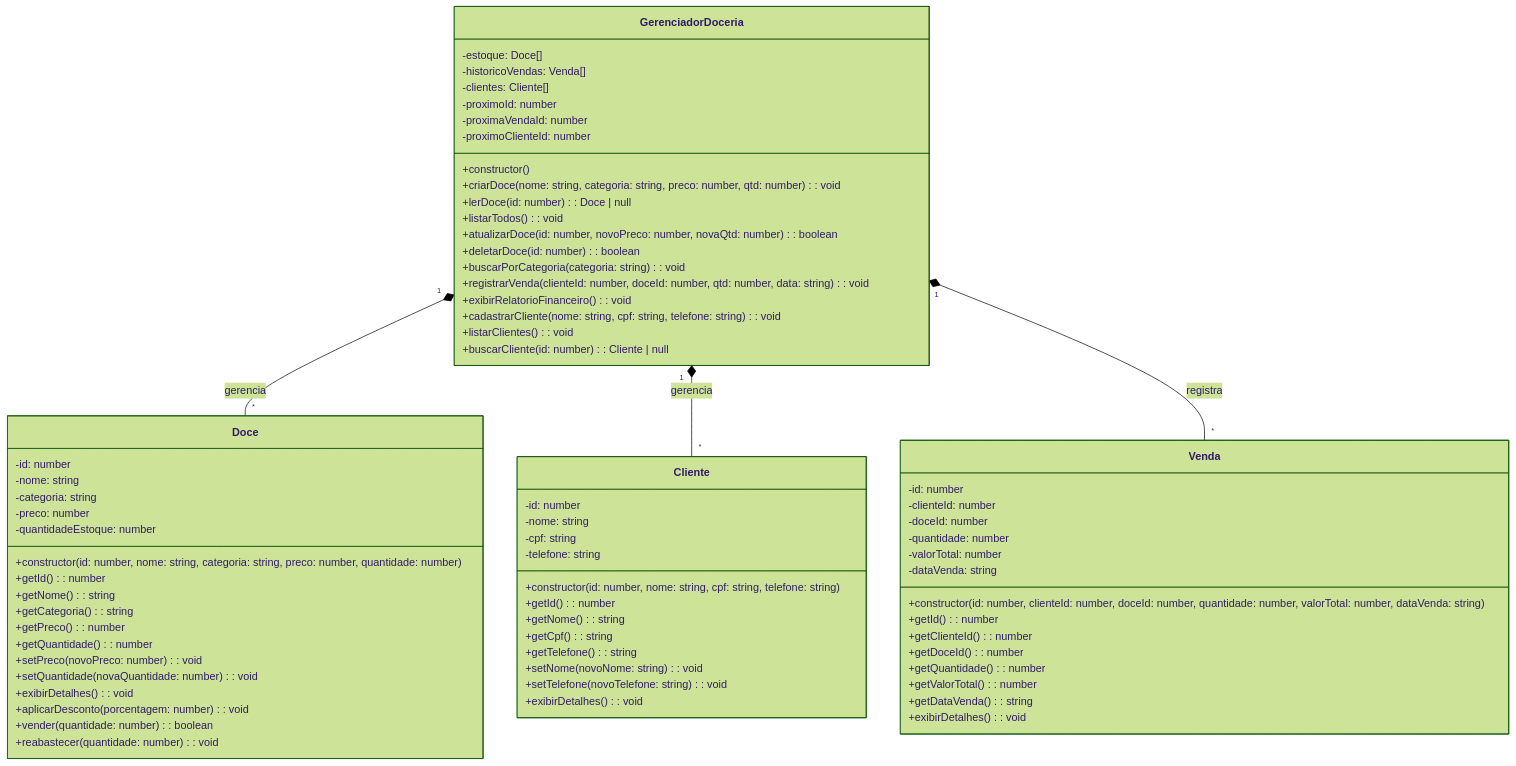
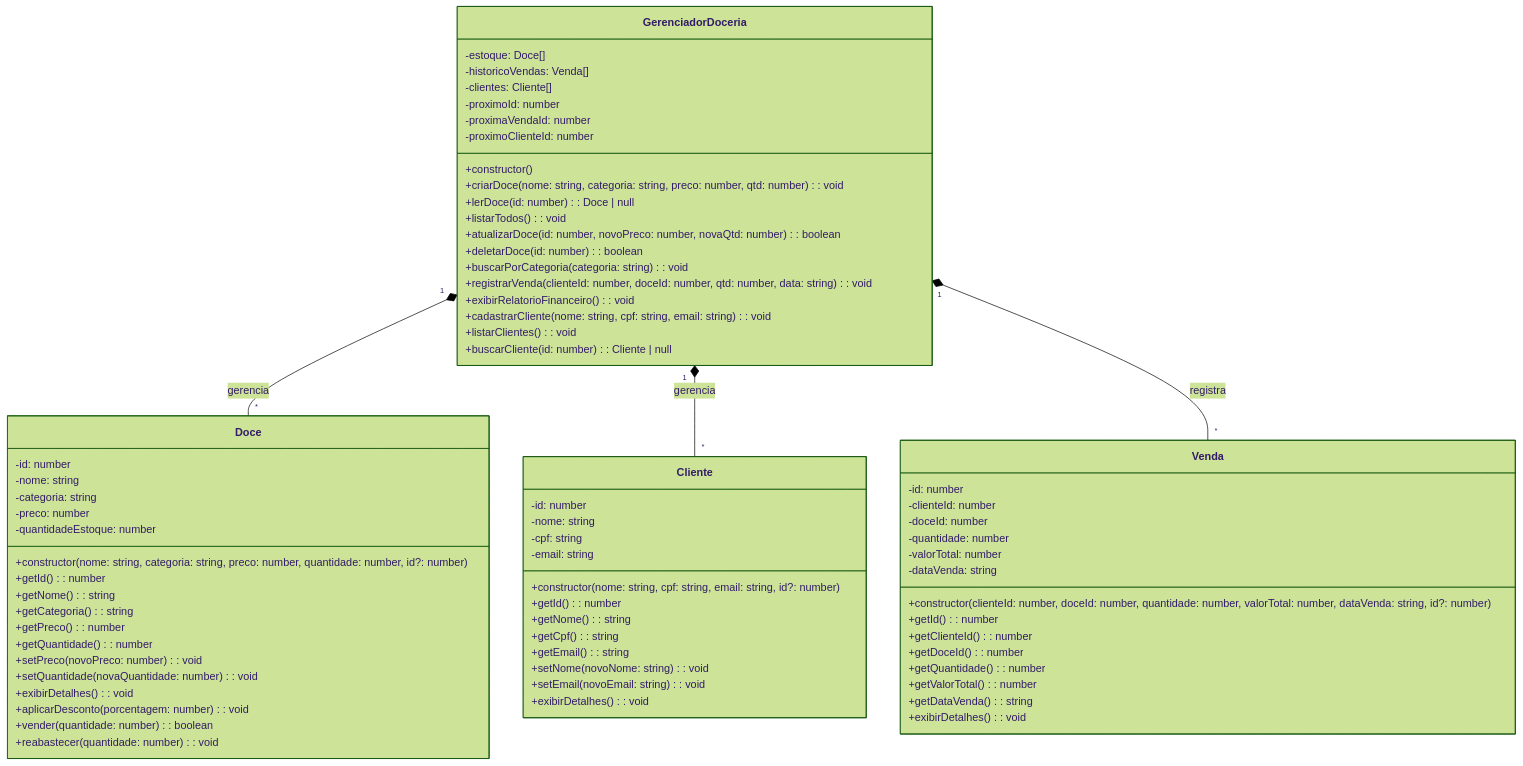
The diagram in README.md (volo3906/Doceria), drawn with Mermaid (forest theme) before and after one commit. The commit also changed other lines of this file and 8 other files, not shown here.

````diff
--- a/README.md
+++ b/README.md
@@ -44,80 +44,81 @@
 ```mermaid
 classDiagram
 
 class Cliente {
     -id: number
     -nome: string
     -cpf: string
-    -telefone: string
-    +constructor(id: number, nome: string, cpf: string, telefone: string)
+    -email: string
+    +constructor(nome: string, cpf: string, email: string, id?: number)
     +getId(): number
     +getNome(): string
     +getCpf(): string
-    +getTelefone(): string
+    +getEmail(): string
     +setNome(novoNome: string): void
-    +setTelefone(novoTelefone: string): void
+    +setEmail(novoEmail: string): void
     +exibirDetalhes(): void
 }
 
 class Doce {
     -id: number
     -nome: string
     -categoria: string
     -preco: number
     -quantidadeEstoque: number
-    +constructor(id: number, nome: string, categoria: string, preco: number, quantidade: number)
+    +constructor(nome: string, categoria: string, preco: number, quantidade: number, id?: number)
     +getId(): number
     +getNome(): string
     +getCategoria(): string
     +getPreco(): number
     +getQuantidade(): number
     +setPreco(novoPreco: number): void
     +setQuantidade(novaQuantidade: number): void
     +exibirDetalhes(): void
     +aplicarDesconto(porcentagem: number): void
     +vender(quantidade: number): boolean
     +reabastecer(quantidade: number): void
 }
 
 class Venda {
     -id: number
     -clienteId: number
     -doceId: number
     -quantidade: number
     -valorTotal: number
     -dataVenda: string
-    +constructor(id: number, clienteId: number, doceId: number, quantidade: number, valorTotal: number, dataVenda: string)
+    +constructor(clienteId: number, doceId: number, quantidade: number, valorTotal: number, dataVenda: string, id?: number)
     +getId(): number
     +getClienteId(): number
     +getDoceId(): number
     +getQuantidade(): number
     +getValorTotal(): number
     +getDataVenda(): string
     +exibirDetalhes(): void
 }
 
 class GerenciadorDoceria {
     -estoque: Doce[]
     -historicoVendas: Venda[]
     -clientes: Cliente[]
     -proximoId: number
     -proximaVendaId: number
     -proximoClienteId: number
     +constructor()
     +criarDoce(nome: string, categoria: string, preco: number, qtd: number): void
     +lerDoce(id: number): Doce | null
     +listarTodos(): void
     +atualizarDoce(id: number, novoPreco: number, novaQtd: number): boolean
     +deletarDoce(id: number): boolean
     +buscarPorCategoria(categoria: string): void
     +registrarVenda(clienteId: number, doceId: number, qtd: number, data: string): void
     +exibirRelatorioFinanceiro(): void
-    +cadastrarCliente(nome: string, cpf: string, telefone: string): void
+    +cadastrarCliente(nome: string, cpf: string, email: string): void
     +listarClientes(): void
     +buscarCliente(id: number): Cliente | null
 }
 
 GerenciadorDoceria "1" *-- "*" Doce : gerencia
 GerenciadorDoceria "1" *-- "*" Cliente : gerencia
 GerenciadorDoceria "1" *-- "*" Venda : registra
+
 ```
````
